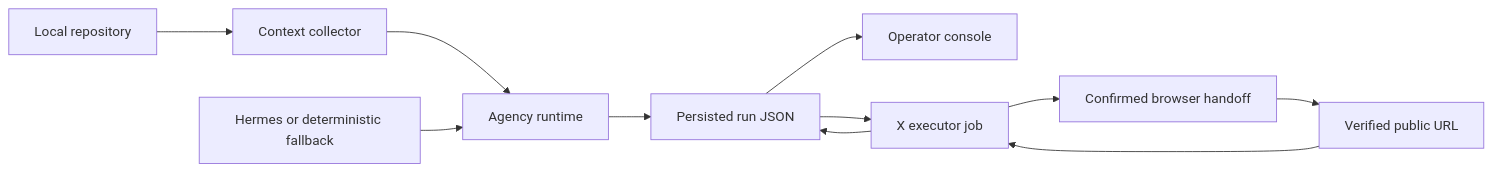
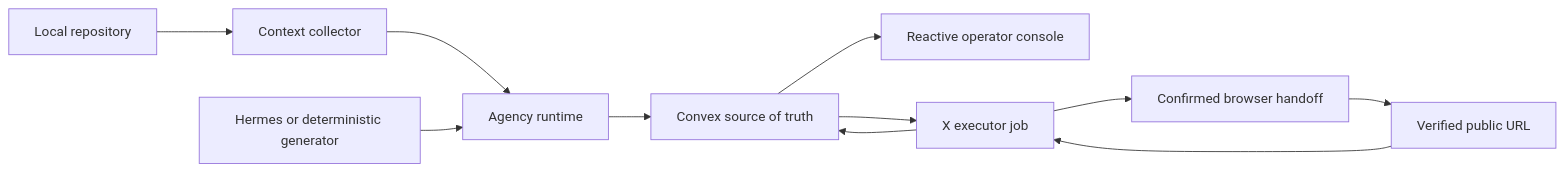
Before and after one commit to akmittal006/wingbeat: the diagram in docs/architecture.md, drawn with Mermaid. The commit also changed other lines of this file and 30 other files, not shown here.

````diff
--- a/docs/architecture.md
+++ b/docs/architecture.md
@@ -7,13 +7,13 @@
 ```mermaid
 flowchart LR
     R["Local repository"] --> C["Context collector"]
     C --> A["Agency runtime"]
-    H["Hermes or deterministic fallback"] --> A
-    A --> P["Persisted run JSON"]
-    P --> U["Operator console"]
+    H["Hermes or deterministic generator"] --> A
+    A --> P["Convex source of truth"]
+    P --> U["Reactive operator console"]
     P --> X["X executor job"]
     X --> B["Confirmed browser handoff"]
     B --> V["Verified public URL"]
     V --> X
     X --> P
 ```
````
